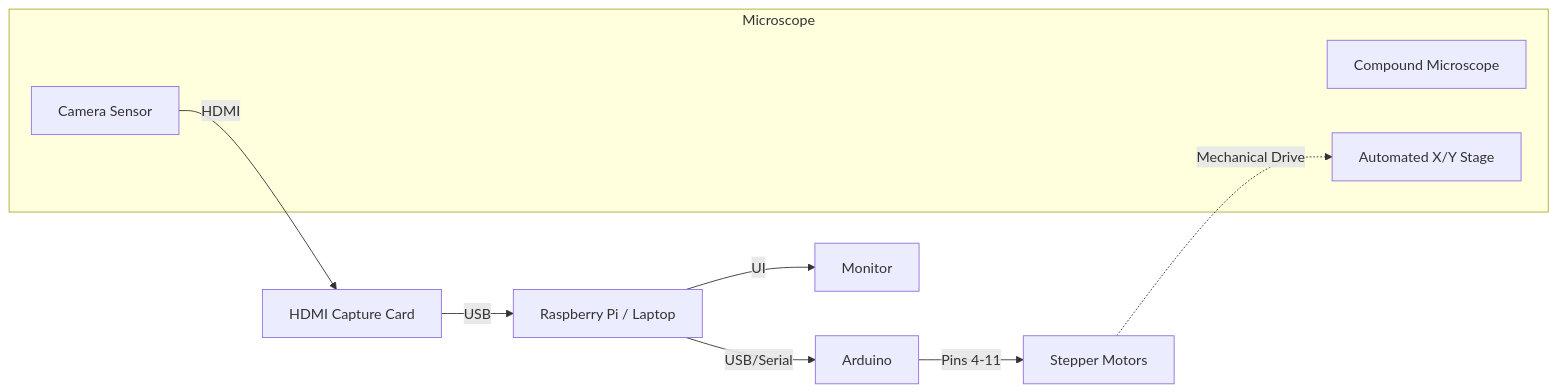
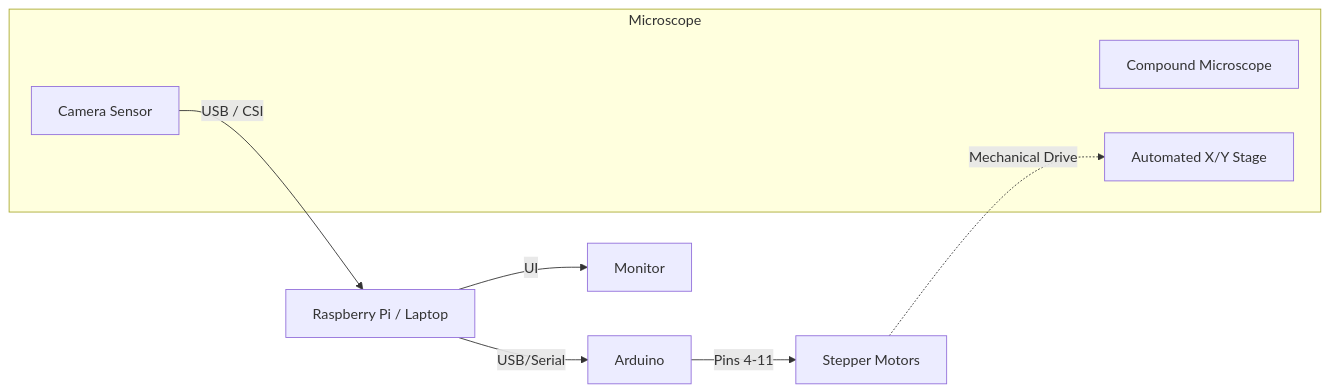
The second of 2 diagrams in README.md (mcggEz/microview-ai), drawn with Mermaid before and after one commit. The commit also changed other lines of this file, not shown here.

````diff
--- a/README.md
+++ b/README.md
@@ -68,17 +66,16 @@
 ```mermaid
 flowchart LR
   subgraph Microscope
     SCOPE[Compound Microscope]
     STAGE[Automated X/Y Stage]
     SENSOR[Camera Sensor]
   end
 
-  SENSOR -->|HDMI| CAP[HDMI Capture Card]
-  CAP -->|USB| RPI[Raspberry Pi / Laptop]
+  SENSOR -->|USB / CSI| RPI[Raspberry Pi / Laptop]
 
   RPI -->|USB/Serial| ARD[Arduino]
   ARD -->|Pins 4-11| STEP[Stepper Motors]
   STEP -.->|Mechanical Drive| STAGE
 
   RPI -->|UI| MON[Monitor]
 ```
````
